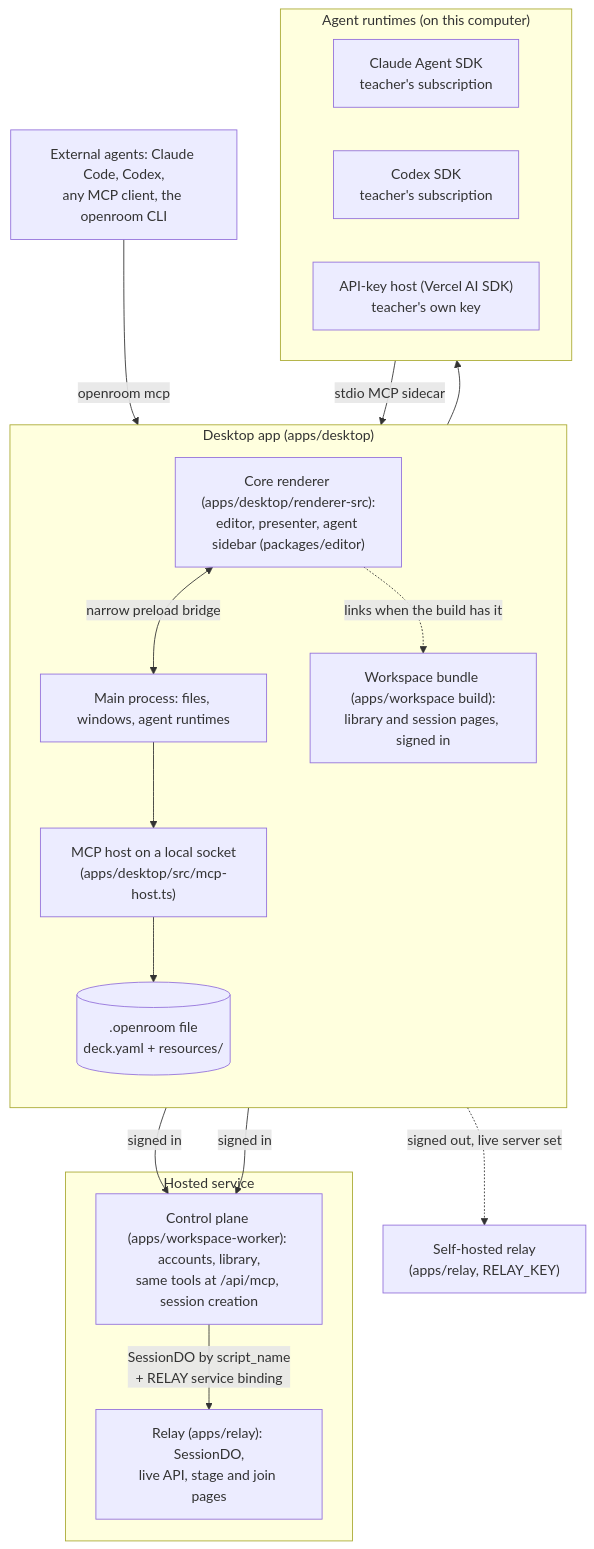
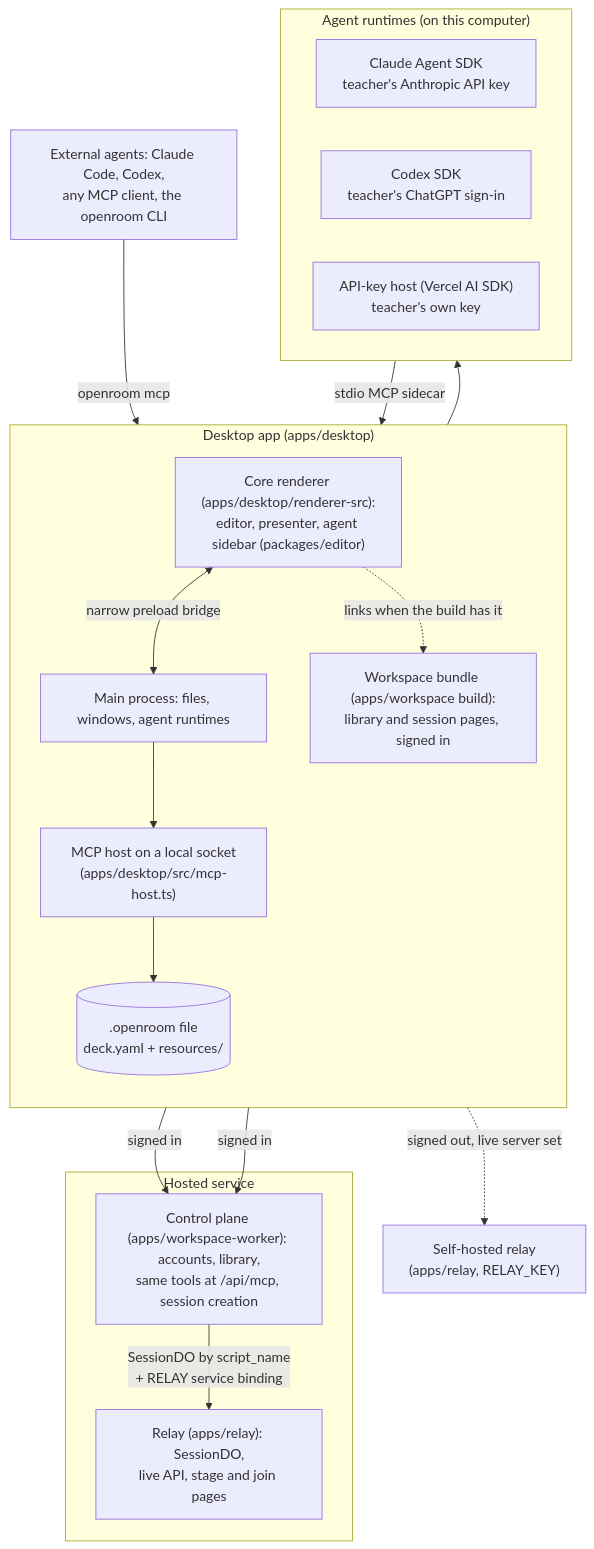
One commit to wisdomousai/openroom changed the first of 5 diagrams in docs/ARCHITECTURE.md. Above: the diagram before and after it, drawn with Mermaid. The commit also changed other lines of this file and 6 other files, not shown here.

Commit message:
docs: describe the Claude host's API-key auth and Max/Team API credits

````diff
--- a/docs/ARCHITECTURE.md
+++ b/docs/ARCHITECTURE.md
@@ -25,31 +25,31 @@
 ```mermaid
 flowchart TB
   subgraph Desktop["Desktop app (apps/desktop)"]
     direction TB
     R["Core renderer (apps/desktop/renderer-src):<br/>editor, presenter, agent sidebar (packages/editor)"]
     WB["Workspace bundle (apps/workspace build):<br/>library and session pages, signed in"]
     M["Main process: files, windows, agent runtimes"]
     S["MCP host on a local socket<br/>(apps/desktop/src/mcp-host.ts)"]
     F[(".openroom file<br/>deck.yaml + resources/")]
     R <-->|narrow preload bridge| M
     R -.->|links when the build has it| WB
     M --> S
     S --> F
   end
   subgraph Agents["Agent runtimes (on this computer)"]
-    C1["Claude Agent SDK<br/>teacher's subscription"]
-    C2["Codex SDK<br/>teacher's subscription"]
+    C1["Claude Agent SDK<br/>teacher's Anthropic API key"]
+    C2["Codex SDK<br/>teacher's ChatGPT sign-in"]
     C3["API-key host (Vercel AI SDK)<br/>teacher's own key"]
   end
   M --> Agents
   Agents -->|stdio MCP sidecar| S
   X["External agents: Claude Code, Codex,<br/>any MCP client, the openroom CLI"] -->|openroom mcp| S
   subgraph Hosted["Hosted service"]
     W["Control plane (apps/workspace-worker): accounts, library,<br/>same tools at /api/mcp, session creation"]
     RL["Relay (apps/relay): SessionDO,<br/>live API, stage and join pages"]
     W -->|SessionDO by script_name<br/>+ RELAY service binding| RL
   end
   S -->|signed in| W
   R -->|signed in| W
   R -.->|signed out, live server set| SR["Self-hosted relay<br/>(apps/relay, RELAY_KEY)"]
 ```
````
